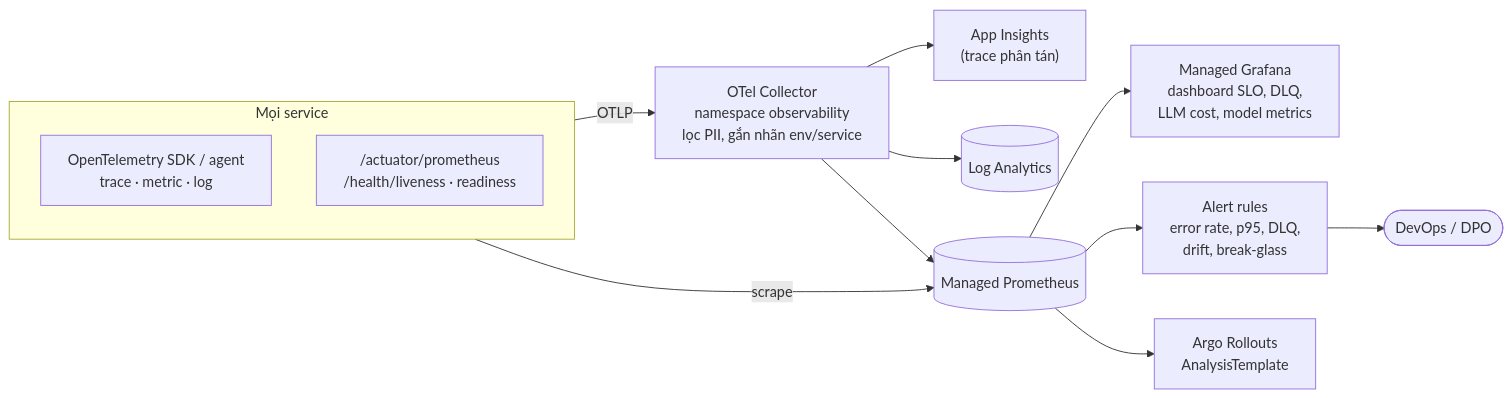
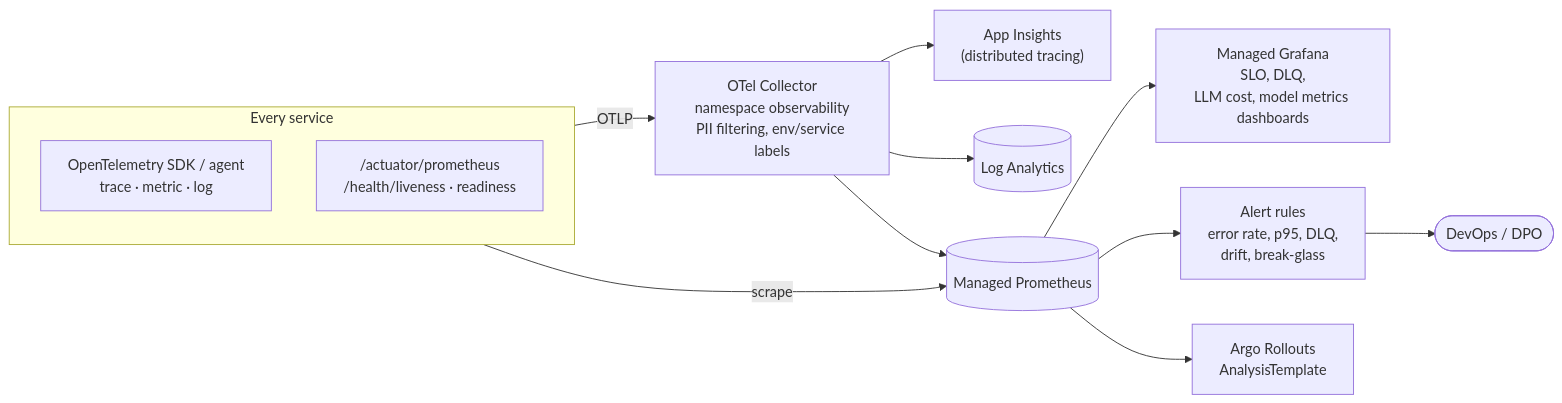
One commit to viethung12062005/smart-hospital-platform changed diagram 16 of 18 in docs/03-architecture/architecture-diagrams.md. Above: the diagram before and after it, drawn with Mermaid. The commit also changed other lines of this file and 346 other files, not shown here.

````diff
--- a/docs/03-architecture/architecture-diagrams.md
+++ b/docs/03-architecture/architecture-diagrams.md
@@ -591,17 +591,17 @@
 ```mermaid
 flowchart LR
-  subgraph PODS["Mọi service"]
+  subgraph PODS["Every service"]
     direction TB
     OT1["OpenTelemetry SDK / agent<br/>trace · metric · log"]
     ACT["/actuator/prometheus<br/>/health/liveness · readiness"]
   end
-  OT1 -- "OTLP" --> COL["OTel Collector<br/>namespace observability<br/>lọc PII, gắn nhãn env/service"]
+  OT1 -- "OTLP" --> COL["OTel Collector<br/>namespace observability<br/>PII filtering, env/service labels"]
   ACT -- "scrape" --> PROM
-  COL --> AM["App Insights<br/>(trace phân tán)"]
+  COL --> AM["App Insights<br/>(distributed tracing)"]
   COL --> LAW[("Log Analytics")]
   COL --> PROM[("Managed Prometheus")]
-  PROM --> GRAF["Managed Grafana<br/>dashboard SLO, DLQ,<br/>LLM cost, model metrics"]
+  PROM --> GRAF["Managed Grafana<br/>SLO, DLQ,<br/>LLM cost, model metrics dashboards"]
   PROM --> ALR["Alert rules<br/>error rate, p95, DLQ,<br/>drift, break-glass"]
   PROM --> RO["Argo Rollouts<br/>AnalysisTemplate"]
   ALR --> ONC(["DevOps / DPO"])
 ```
````
